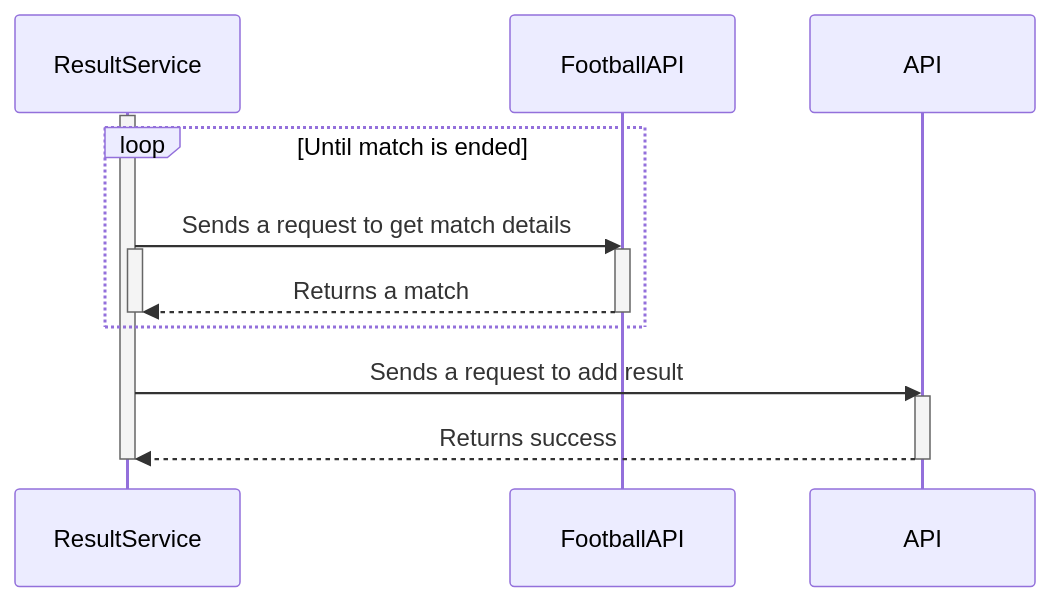
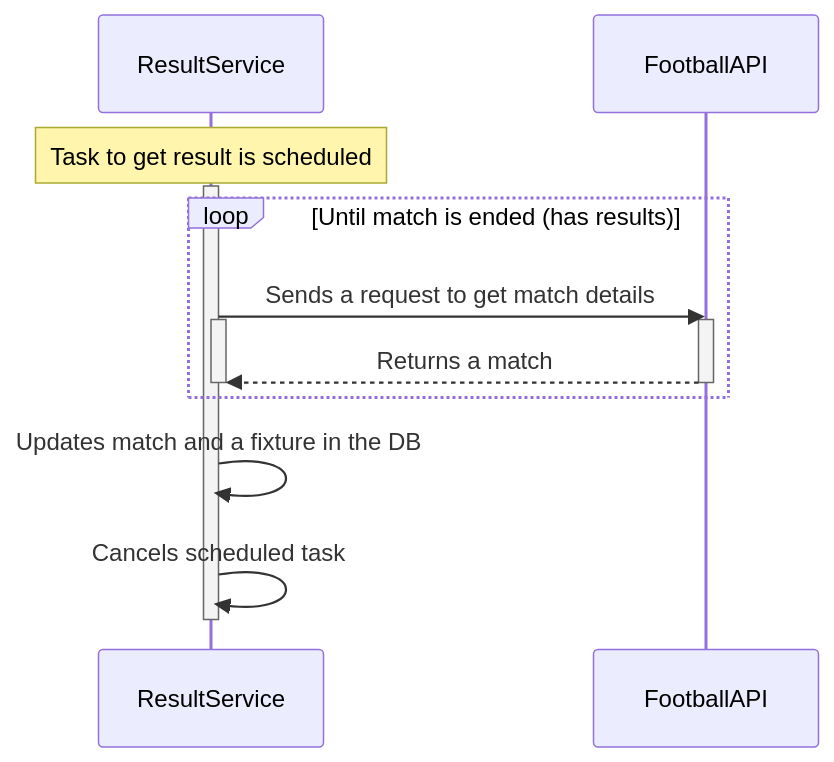
One commit to andrewshostak/prognoz-result-service changed the fourth of 5 diagrams in README.md. Above: the diagram before and after it, drawn with Mermaid. The commit also changed other lines of this file, not shown here.

````diff
--- a/README.md
+++ b/README.md
@@ -120,20 +140,18 @@
 ```mermaid
 sequenceDiagram
 participant ResultService
 participant FootballAPI
-participant API
+Note over ResultService: Task to get result is scheduled
 Activate ResultService
-loop Until match is ended
+loop Until match is ended (has results)
   ResultService->>FootballAPI: Sends a request to get match details
   Activate ResultService
   Activate FootballAPI
   FootballAPI-->>ResultService: Returns a match
   Deactivate FootballAPI
   Deactivate ResultService
 end
-ResultService->>API: Sends a request to add result
-Activate API
-API-->>ResultService: Returns success
-Deactivate API
+ResultService->>ResultService: Updates match and a fixture in the DB
+ResultService->>ResultService: Cancels scheduled task
 Deactivate ResultService
 ```
````
